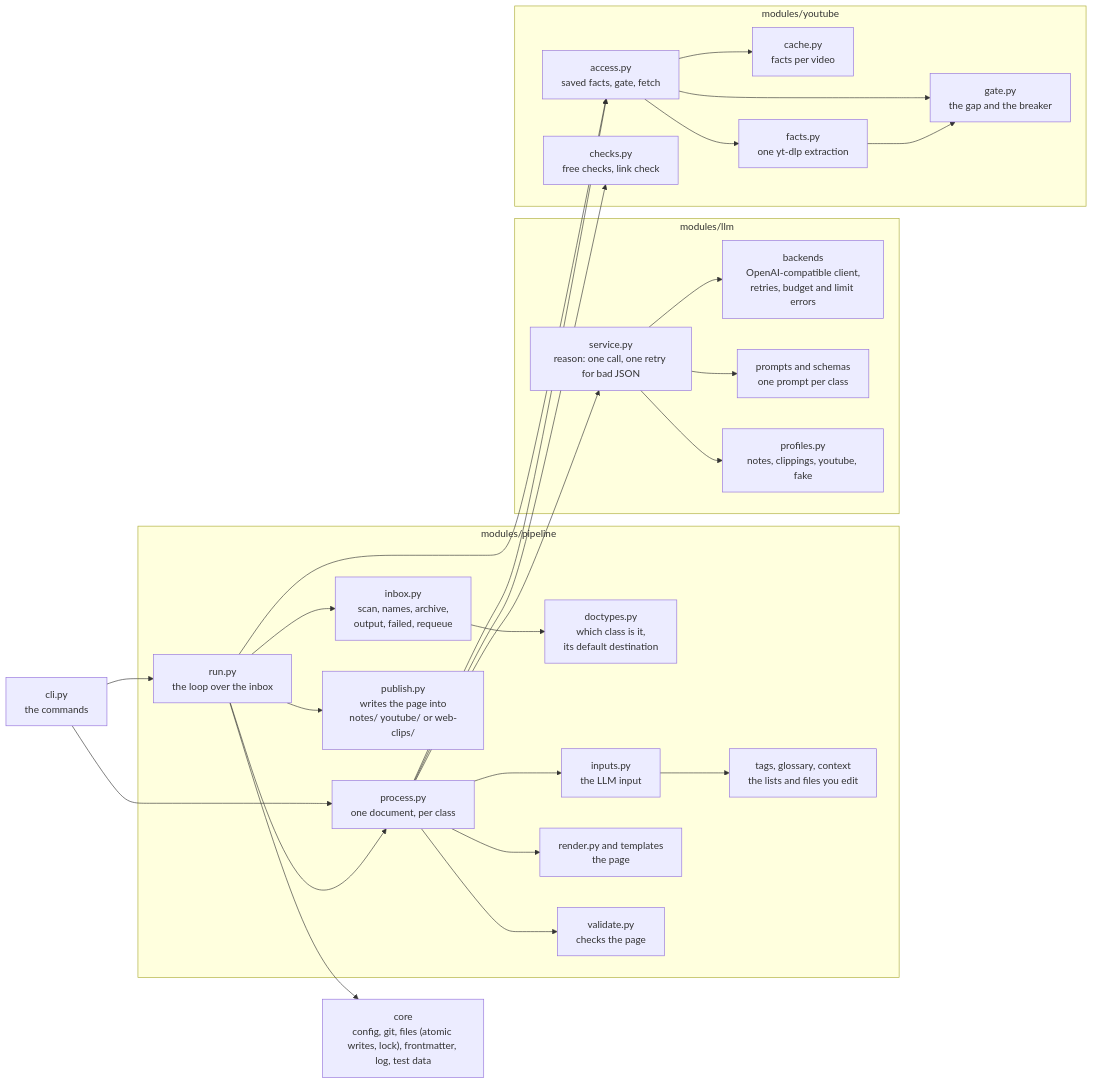
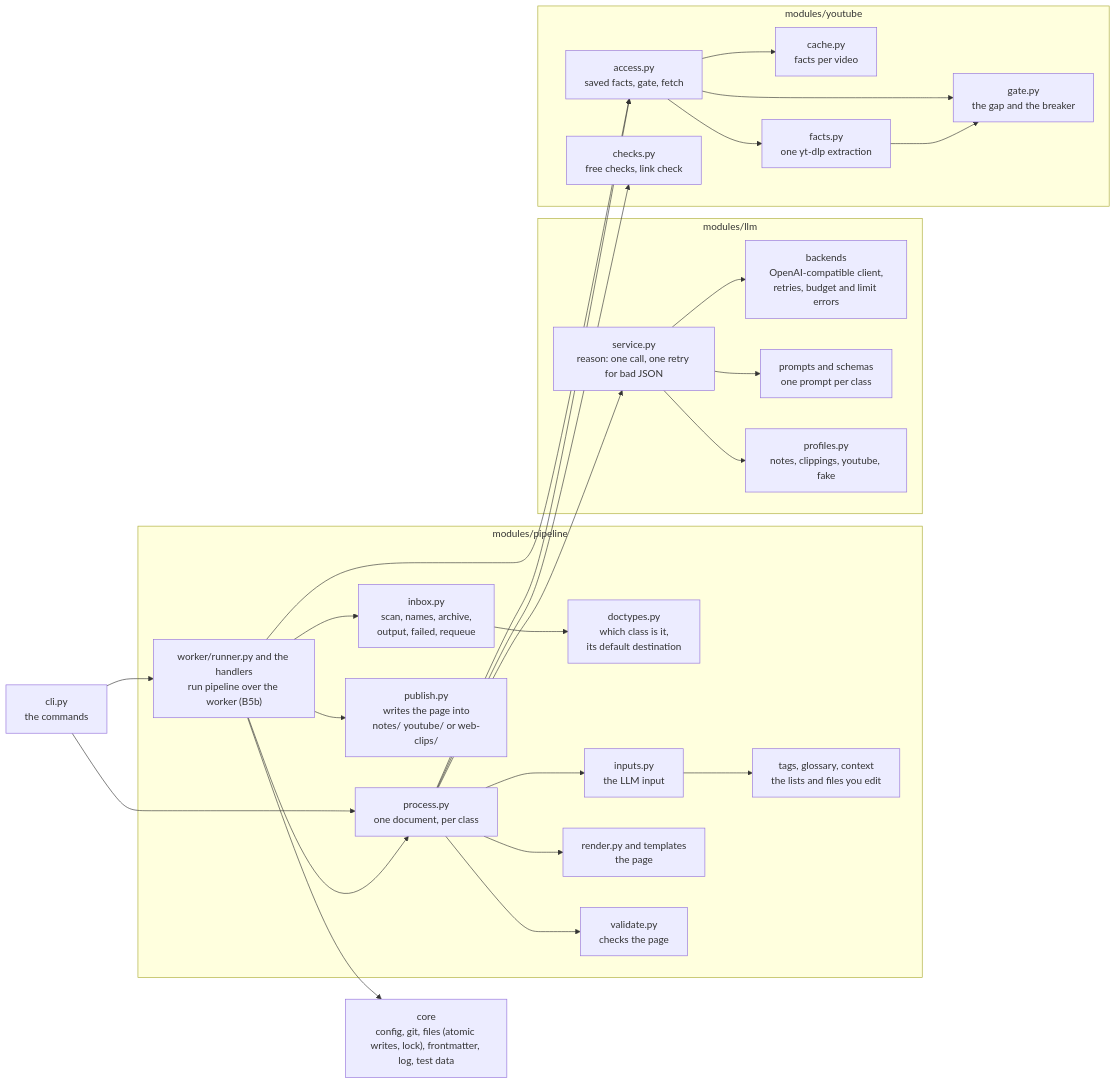
The third of 3 diagrams in docs/idea-catcher-diagram-architecture.md (epiaku/idea-catcher), drawn with Mermaid before and after one commit. The commit also changed 6 other files, not shown here.

````diff
--- a/docs/idea-catcher-diagram-architecture.md
+++ b/docs/idea-catcher-diagram-architecture.md
@@ -114,56 +114,56 @@
 ```mermaid
 flowchart LR
   cli["cli.py<br/>the commands"]
 
   subgraph pipeline["modules/pipeline"]
-    run["run.py<br/>the loop over the inbox"]
+    run["worker/runner.py and the handlers<br/>run pipeline over the worker (B5b)"]
     inbox["inbox.py<br/>scan, names, archive,<br/>output, failed, requeue"]
     doctypes["doctypes.py<br/>which class is it,<br/>its default destination"]
     process["process.py<br/>one document, per class"]
     inputs["inputs.py<br/>the LLM input"]
     ctx["tags, glossary, context<br/>the lists and files you edit"]
     render["render.py and templates<br/>the page"]
     validate["validate.py<br/>checks the page"]
     publish["publish.py<br/>writes the page into<br/>notes/ youtube/ or web-clips/"]
   end
 
   subgraph llm["modules/llm"]
     service["service.py<br/>reason: one call, one retry for bad JSON"]
     backend["backends<br/>OpenAI-compatible client,<br/>retries, budget and limit errors"]
     prompts["prompts and schemas<br/>one prompt per class"]
     profiles["profiles.py<br/>notes, clippings, youtube, fake"]
   end
 
   subgraph youtube["modules/youtube"]
     access["access.py<br/>saved facts, gate, fetch"]
     gate["gate.py<br/>the gap and the breaker"]
     cache["cache.py<br/>facts per video"]
     facts["facts.py<br/>one yt-dlp extraction"]
     checks["checks.py<br/>free checks, link check"]
   end
 
   core["core<br/>config, git, files (atomic writes, lock), frontmatter, log, test data"]
 
   cli --> run
   cli --> process
   run --> inbox
   run --> process
   run --> publish
   run --> core
   run --> access
   inbox --> doctypes
   process --> inputs
   inputs --> ctx
   process --> render
   process --> validate
   process --> service
   process --> access
   process --> checks
   service --> backend
   service --> prompts
   service --> profiles
   access --> gate
   access --> cache
   access --> facts
   facts --> gate
 ```
````
